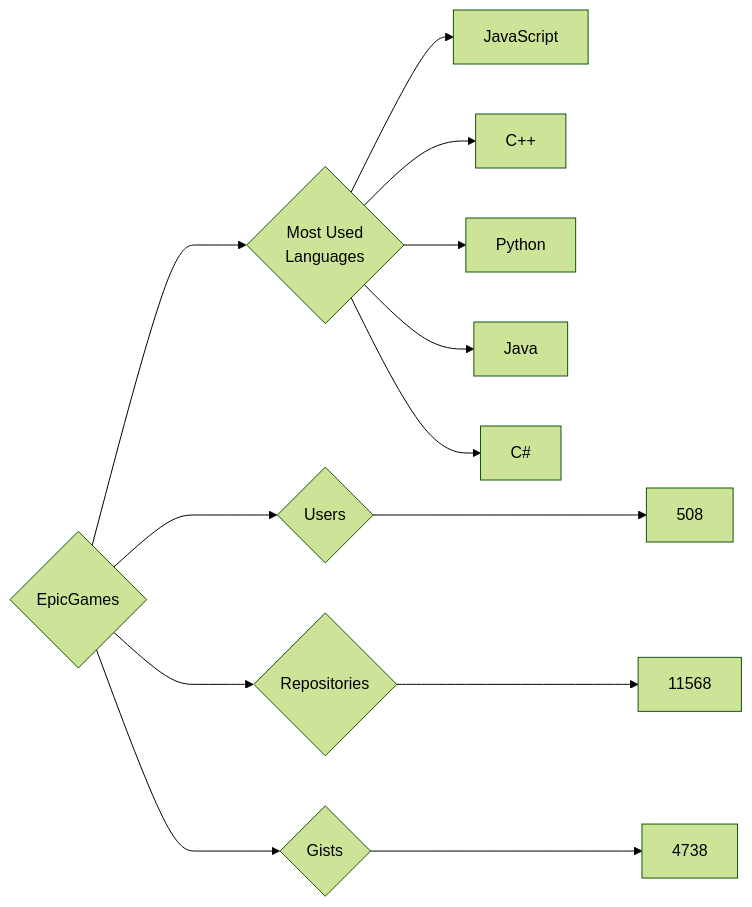
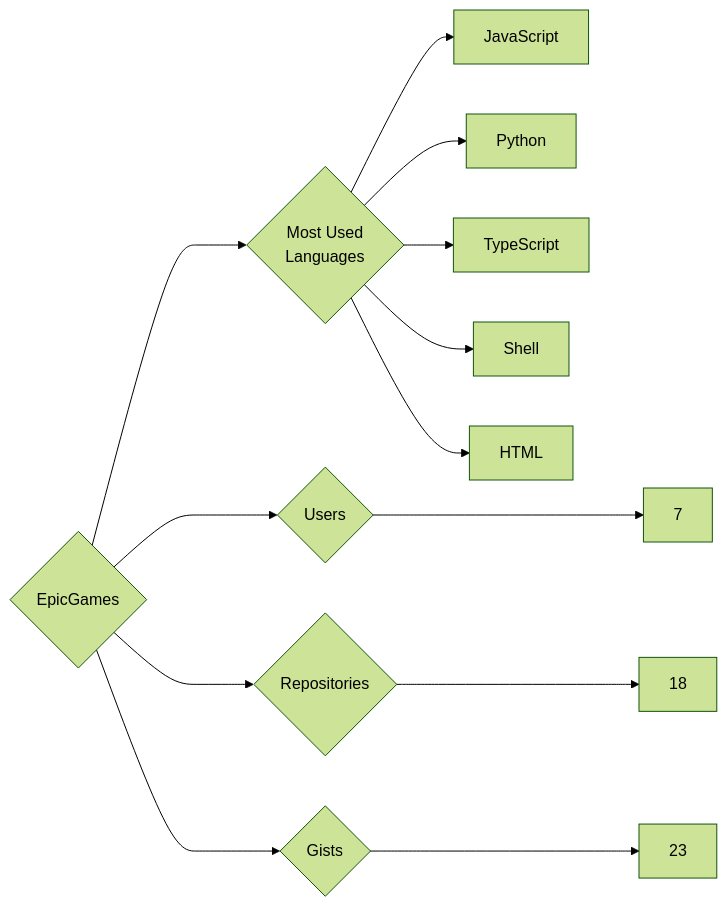
Before and after one commit to trickest/insiders: the diagram in targets/EpicGames/README.md, drawn with Mermaid (forest theme). The commit also changed 934 other files, not shown here.

````diff
--- a/targets/EpicGames/README.md
+++ b/targets/EpicGames/README.md
@@ -3,13 +3,13 @@
 ```mermaid
 graph LR
 COMPANY_NAME{EpicGames}
-COMPANY_NAME ---> U{Users} ---> UN[508]
-COMPANY_NAME ---> R{Repositories} ---> RN[11568]
-COMPANY_NAME ---> G{Gists} ---> GN[4738]
+COMPANY_NAME ---> U{Users} ---> UN[7]
+COMPANY_NAME ---> R{Repositories} ---> RN[18]
+COMPANY_NAME ---> G{Gists} ---> GN[23]
 COMPANY_NAME ---> ML{Most Used<br>Languages}
 ML --> JavaScript[JavaScript]
-ML --> C++[C++]
 ML --> Python[Python]
-ML --> Java[Java]
-ML --> C#[C#]
+ML --> TypeScript[TypeScript]
+ML --> Shell[Shell]
+ML --> HTML[HTML]
 ```
````
